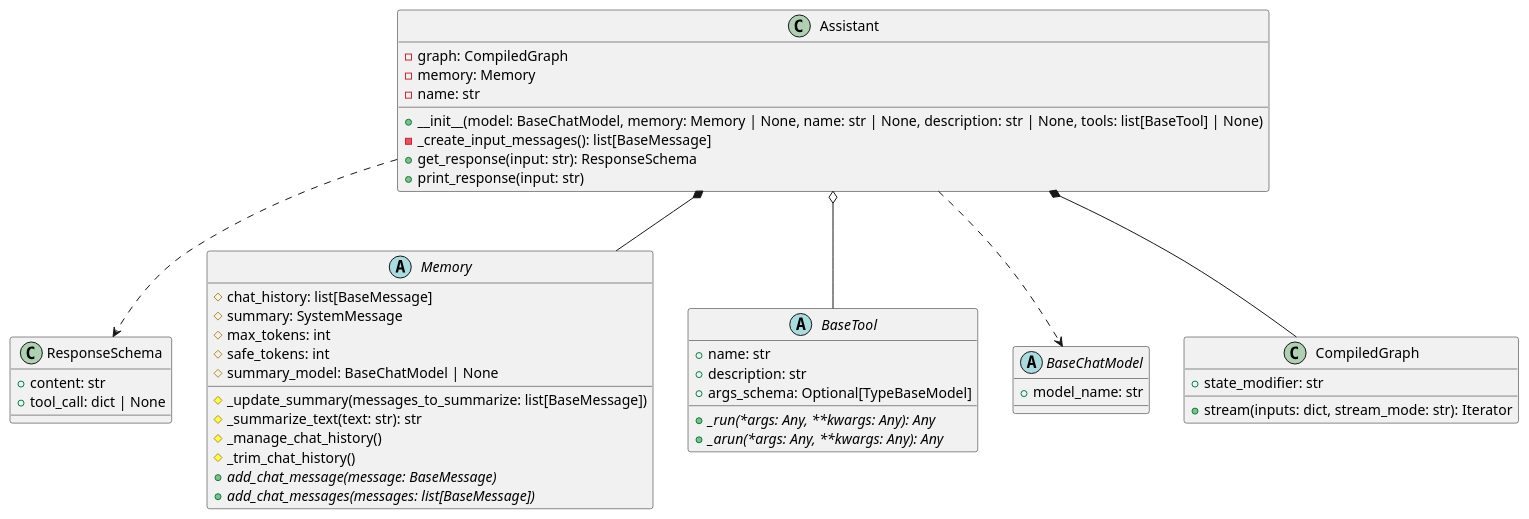
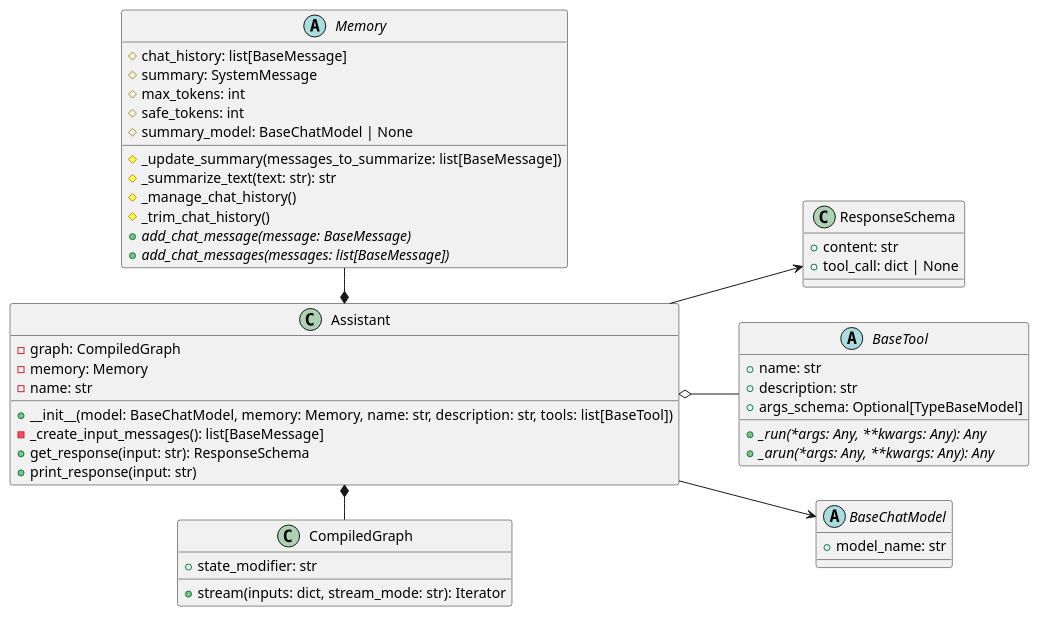
The diagram in docs/uml/assistant.puml (VicentGJ/assistant-core), drawn with PlantUML before and after one commit. The commit also changed 2 other files, not shown here.

Commit message:
Update UML diagrams and fix typo in test_prompts.yaml
• Adjust UML diagram layouts
• Update Assistant class initialization
• Remove BaseModel from memory diagram
• Fix typo: 'wheater_test' to 'weather_test'
• Refine UML diagram relationships

```diff
--- a/docs/uml/assistant.puml
+++ b/docs/uml/assistant.puml
@@ -1,57 +1,58 @@
 @startuml base
 ' skinparam classAttributeIconSize 0
+left to right direction
 
 class Assistant {
   - graph: CompiledGraph
   - memory: Memory
   - name: str
-  + __init__(model: BaseChatModel, memory: Memory | None, name: str | None, description: str | None, tools: list[BaseTool] | None)
+  + __init__(model: BaseChatModel, memory: Memory, name: str, description: str, tools: list[BaseTool])
   - _create_input_messages(): list[BaseMessage]
   + get_response(input: str): ResponseSchema
   + print_response(input: str)
 }
 
 class ResponseSchema {
   + content: str
   + tool_call: dict | None
 }
 
 abstract class Memory {
   # chat_history: list[BaseMessage]
   # summary: SystemMessage
   # max_tokens: int
   # safe_tokens: int
   # summary_model: BaseChatModel | None
   # _update_summary(messages_to_summarize: list[BaseMessage])
   # _summarize_text(text: str): str
   # _manage_chat_history()
   # _trim_chat_history()
   + {abstract} add_chat_message(message: BaseMessage)
   + {abstract} add_chat_messages(messages: list[BaseMessage])
 }
 
 abstract class BaseTool {
   + name: str
   + description: str
   + args_schema: Optional[TypeBaseModel]
 
   + {abstract} _run(*args: Any, **kwargs: Any): Any
   + {abstract} _arun(*args: Any, **kwargs: Any): Any
 }
 
 abstract class BaseChatModel {
   + model_name: str
 }
 
 class CompiledGraph {
     + state_modifier: str
     + stream(inputs: dict, stream_mode: str): Iterator
 }
 
-Assistant *-- Memory
-Assistant ..> ResponseSchema
+Assistant *--left-- Memory
+Assistant --> ResponseSchema
 Assistant o-- BaseTool
-Assistant ..> BaseChatModel
-Assistant *-- CompiledGraph
+Assistant --> BaseChatModel
+Assistant *--right-- CompiledGraph
 
 @enduml
```
